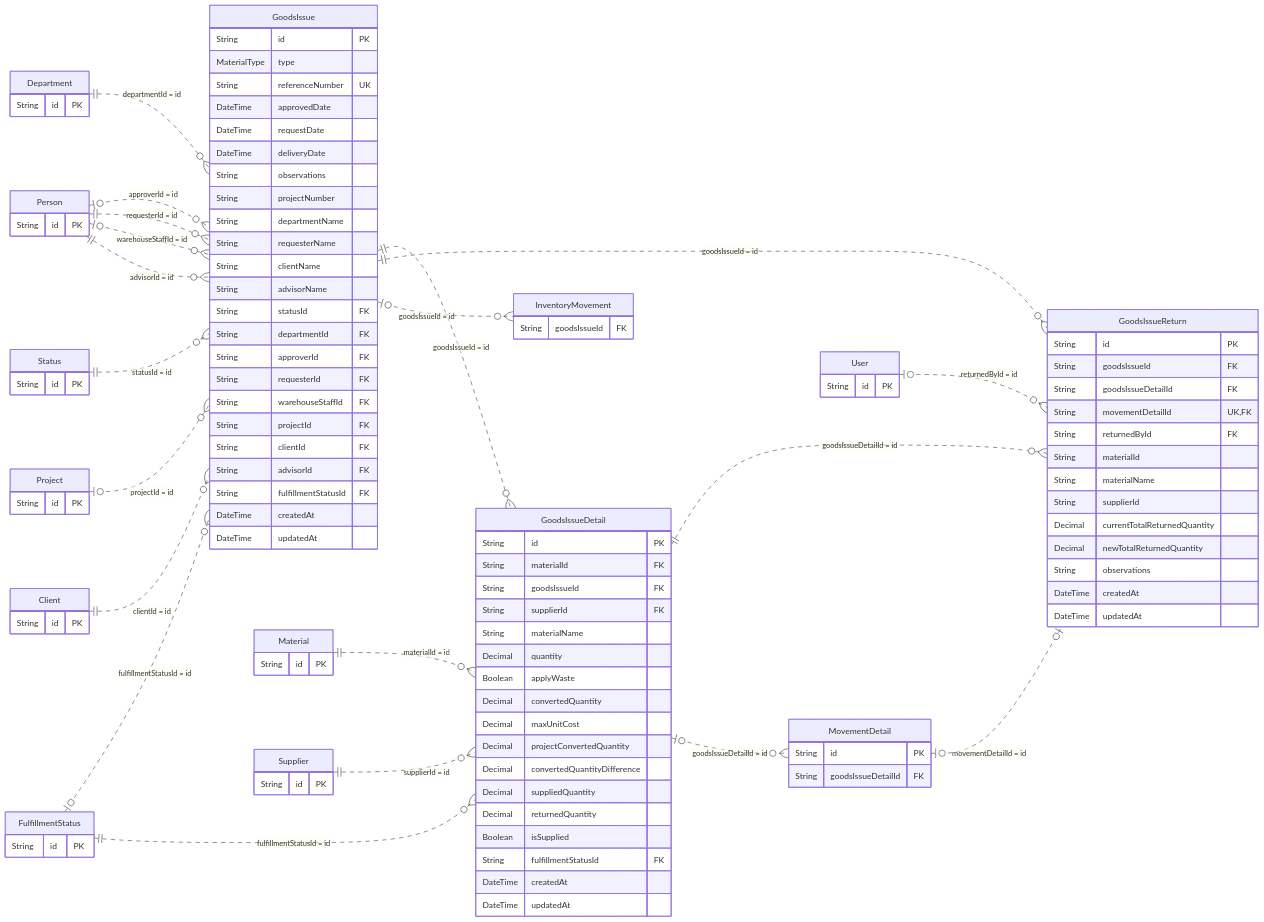
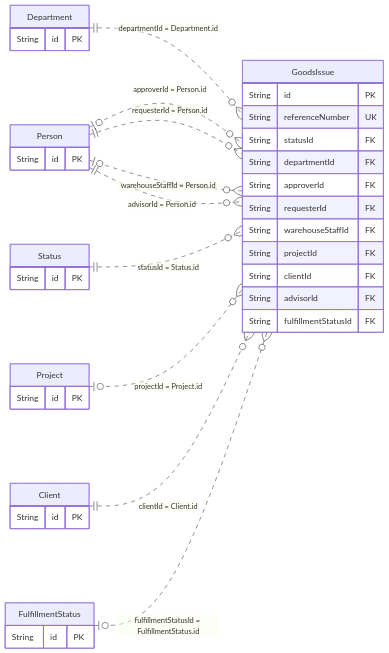
Before and after one commit to gpgsistemas01/nexus: the tenth of 22 diagrams in docs/architecture/views/logical/data-and-persistence/generated/database-schema.md, drawn with Mermaid. The commit also changed other lines of this file and 4 other files, not shown here.

Commit message:
docs: simplificar vista lógica y aclarar relaciones del modelo ER

````diff
--- a/docs/architecture/views/logical/data-and-persistence/generated/database-schema.md
+++ b/docs/architecture/views/logical/data-and-persistence/generated/database-schema.md
@@ -521,17 +277,7 @@
     direction LR
     GoodsIssue {
         String id PK
-        MaterialType type
         String referenceNumber UK
-        DateTime approvedDate
-        DateTime requestDate
-        DateTime deliveryDate
-        String observations
-        String projectNumber
-        String departmentName
-        String requesterName
-        String clientName
-        String advisorName
         String statusId FK
         String departmentId FK
         String approverId FK
@@ -541,42 +287,6 @@
         String clientId FK
         String advisorId FK
         String fulfillmentStatusId FK
-        DateTime createdAt
-        DateTime updatedAt
-    }
-    GoodsIssueDetail {
-        String id PK
-        String materialId FK
-        String goodsIssueId FK
-        String supplierId FK
-        String materialName
-        Decimal quantity
-        Boolean applyWaste
-        Decimal convertedQuantity
-        Decimal maxUnitCost
-        Decimal projectConvertedQuantity
-        Decimal convertedQuantityDifference
-        Decimal suppliedQuantity
-        Decimal returnedQuantity
-        Boolean isSupplied
-        String fulfillmentStatusId FK
-        DateTime createdAt
-        DateTime updatedAt
-    }
-    GoodsIssueReturn {
-        String id PK
-        String goodsIssueId FK
-        String goodsIssueDetailId FK
-        String movementDetailId UK,FK
-        String returnedById FK
-        String materialId
-        String materialName
-        String supplierId
-        Decimal currentTotalReturnedQuantity
-        Decimal newTotalReturnedQuantity
-        String observations
-        DateTime createdAt
-        DateTime updatedAt
     }
     Department {
         String id PK
@@ -596,39 +306,13 @@
     FulfillmentStatus {
         String id PK
     }
-    Material {
-        String id PK
-    }
-    Supplier {
-        String id PK
-    }
-    MovementDetail {
-        String id PK
-        String goodsIssueDetailId FK
-    }
-    User {
-        String id PK
-    }
-    InventoryMovement {
-        String goodsIssueId FK
-    }
-    Department ||..o{ GoodsIssue : "departmentId = id"
-    Person o|..o{ GoodsIssue : "approverId = id"
-    Person ||..o{ GoodsIssue : "requesterId = id"
-    Person o|..o{ GoodsIssue : "warehouseStaffId = id"
-    Status ||..o{ GoodsIssue : "statusId = id"
-    Project o|..o{ GoodsIssue : "projectId = id"
-    Client ||..o{ GoodsIssue : "clientId = id"
-    Person ||..o{ GoodsIssue : "advisorId = id"
-    FulfillmentStatus o|..o{ GoodsIssue : "fulfillmentStatusId = id"
-    Material ||..o{ GoodsIssueDetail : "materialId = id"
-    Supplier ||..o{ GoodsIssueDetail : "supplierId = id"
-    GoodsIssue ||..o{ GoodsIssueDetail : "goodsIssueId = id"
-    FulfillmentStatus ||..o{ GoodsIssueDetail : "fulfillmentStatusId = id"
-    GoodsIssue ||..o{ GoodsIssueReturn : "goodsIssueId = id"
-    GoodsIssueDetail ||..o{ GoodsIssueReturn : "goodsIssueDetailId = id"
-    MovementDetail o|..o| GoodsIssueReturn : "movementDetailId = id"
-    User o|..o{ GoodsIssueReturn : "returnedById = id"
-    GoodsIssue o|..o{ InventoryMovement : "goodsIssueId = id"
-    GoodsIssueDetail o|..o{ MovementDetail : "goodsIssueDetailId = id"
+    Department ||..o{ GoodsIssue : "departmentId = Department.id"
+    Person o|..o{ GoodsIssue : "approverId = Person.id"
+    Person ||..o{ GoodsIssue : "requesterId = Person.id"
+    Person o|..o{ GoodsIssue : "warehouseStaffId = Person.id"
+    Status ||..o{ GoodsIssue : "statusId = Status.id"
+    Project o|..o{ GoodsIssue : "projectId = Project.id"
+    Client ||..o{ GoodsIssue : "clientId = Client.id"
+    Person ||..o{ GoodsIssue : "advisorId = Person.id"
+    FulfillmentStatus o|..o{ GoodsIssue : "fulfillmentStatusId = FulfillmentStatus.id"
 ```
````
